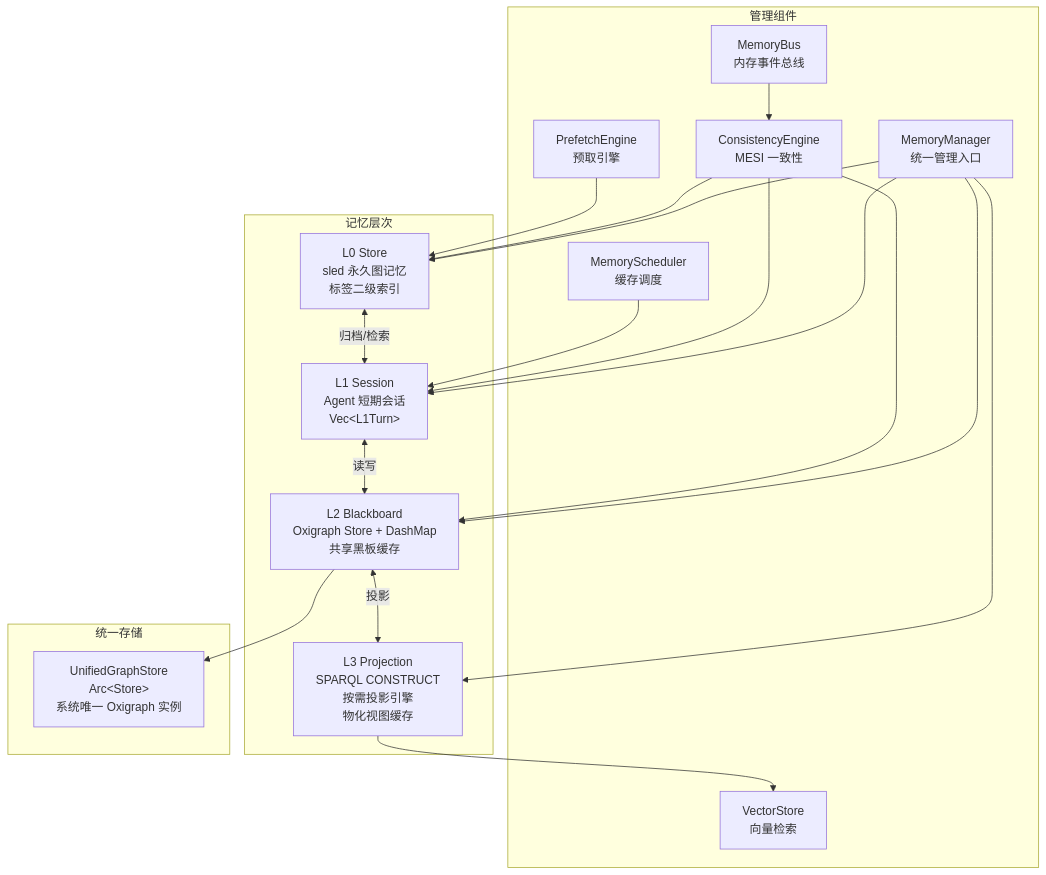
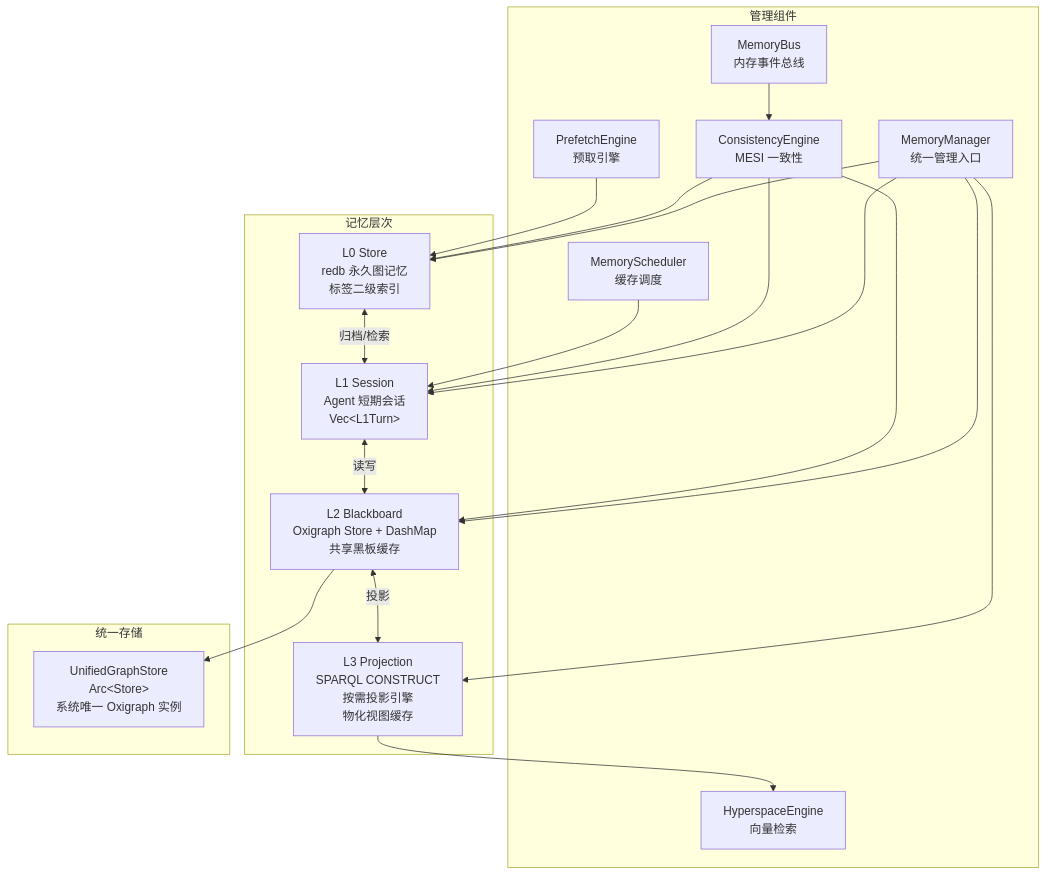
One commit to skaiy/Wild_AgentOS changed the first of 6 diagrams in docs/03-memory-system.md. Above: the diagram before and after it, drawn with Mermaid. The commit also changed other lines of this file and 8 other files, not shown here.

````diff
--- a/docs/03-memory-system.md
+++ b/docs/03-memory-system.md
@@ -7,33 +7,33 @@
 ```mermaid
 graph TB
     subgraph 记忆层次
-        L0["L0 Store<br/>sled 永久图记忆<br/>标签二级索引"]
+        L0["L0 Store<br/>redb 永久图记忆<br/>标签二级索引"]
         L1["L1 Session<br/>Agent 短期会话<br/>Vec&lt;L1Turn&gt;"]
         L2["L2 Blackboard<br/>Oxigraph Store + DashMap<br/>共享黑板缓存"]
         L3["L3 Projection<br/>SPARQL CONSTRUCT<br/>按需投影引擎<br/>物化视图缓存"]
     end
 
     subgraph 管理组件
         MM["MemoryManager<br/>统一管理入口"]
         MB["MemoryBus<br/>内存事件总线"]
         CE["ConsistencyEngine<br/>MESI 一致性"]
         SCHED["MemoryScheduler<br/>缓存调度"]
         PF["PrefetchEngine<br/>预取引擎"]
-        VS["VectorStore<br/>向量检索"]
+        HE["HyperspaceEngine<br/>向量检索"]
     end
 
     subgraph 统一存储
         UGS["UnifiedGraphStore<br/>Arc&lt;Store&gt;<br/>系统唯一 Oxigraph 实例"]
     end
 
     L0 <-->|归档/检索| L1
     L1 <-->|读写| L2
     L2 <-->|投影| L3
     MM --> L0 & L1 & L2 & L3
     MB --> CE
     CE --> L0 & L1 & L2
     SCHED --> L1
     PF --> L0
-    L3 --> VS
+    L3 --> HE
     L2 --> UGS
 ```
````
